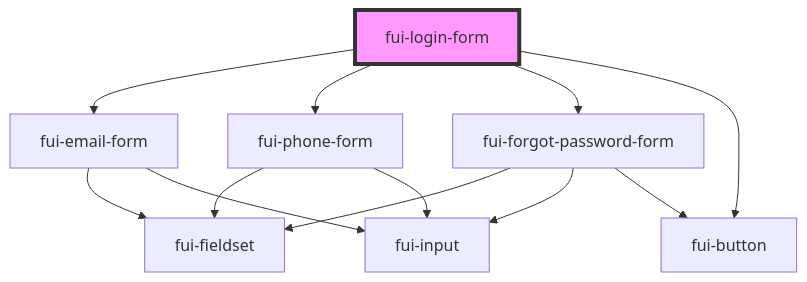
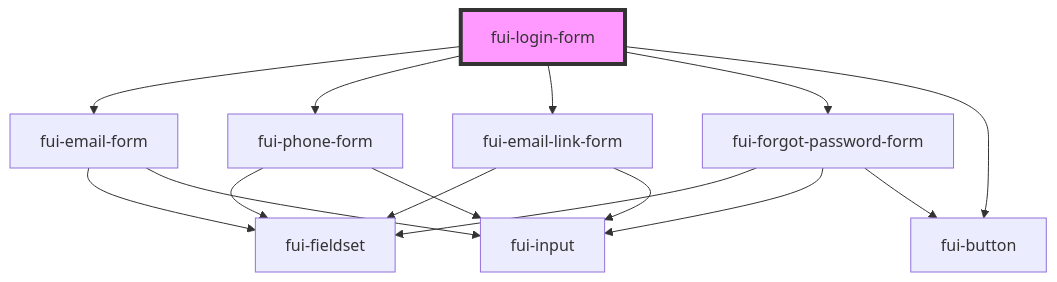
The diagram in packages/firebaseui-stencil/src/components/fui-login-form/readme.md (invertase/firebaseui-web), drawn with Mermaid before and after one commit. The commit also changed other lines of this file and 60 other files, not shown here.

````diff
--- a/packages/firebaseui-stencil/src/components/fui-login-form/readme.md
+++ b/packages/firebaseui-stencil/src/components/fui-login-form/readme.md
@@ -39,15 +41,18 @@
 ```mermaid
 graph TD;
   fui-login-form --> fui-email-form
   fui-login-form --> fui-phone-form
+  fui-login-form --> fui-email-link-form
   fui-login-form --> fui-forgot-password-form
   fui-login-form --> fui-button
   fui-email-form --> fui-fieldset
   fui-email-form --> fui-input
   fui-phone-form --> fui-fieldset
   fui-phone-form --> fui-input
+  fui-email-link-form --> fui-fieldset
+  fui-email-link-form --> fui-input
   fui-forgot-password-form --> fui-fieldset
   fui-forgot-password-form --> fui-input
   fui-forgot-password-form --> fui-button
   style fui-login-form fill:#f9f,stroke:#333,stroke-width:4px
 ```
````
